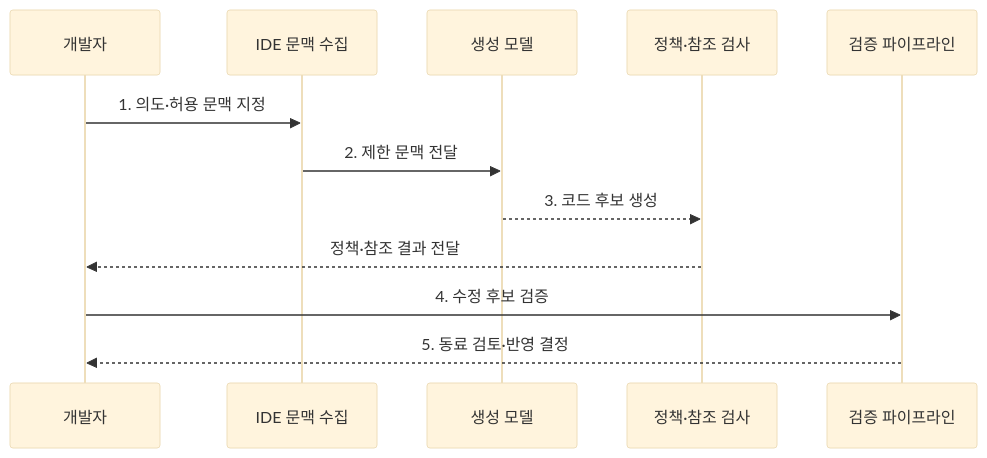
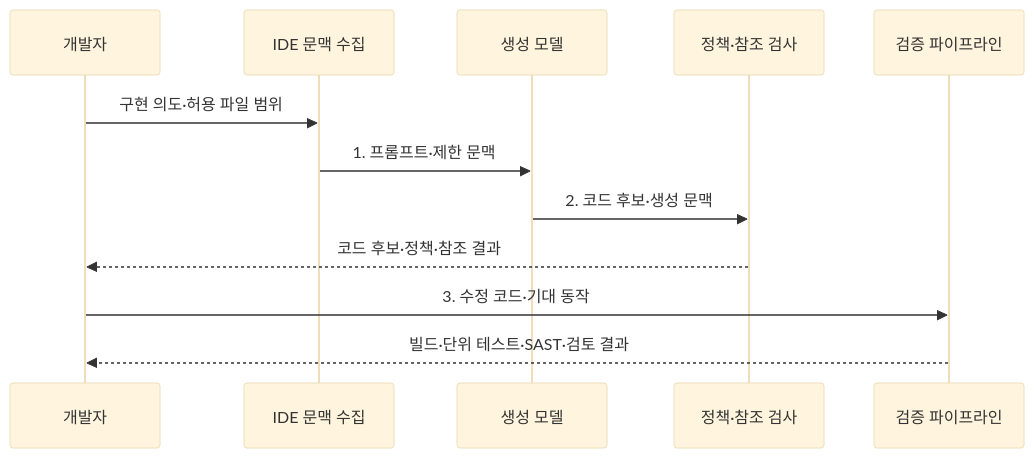
Before and after one commit to agnusdei1207/knowledge-base: the second of 2 diagrams in src/content/docs/notes/03-software/081_ai_code_generation.md, drawn with Mermaid (base theme). The commit also changed other lines of this file and 20 other files, not shown here.

````diff
--- a/src/content/docs/notes/03-software/081_ai_code_generation.md
+++ b/src/content/docs/notes/03-software/081_ai_code_generation.md
@@ -79,14 +85,14 @@
 ```mermaid
 sequenceDiagram
     participant D as 개발자
     participant C as IDE 문맥 수집
     participant M as 생성 모델
     participant P as 정책·참조 검사
     participant V as 검증 파이프라인
-    D->>C: 1. 의도·허용 문맥 지정
-    C->>M: 2. 제한 문맥 전달
-    M-->>P: 3. 코드 후보 생성
-    P-->>D: 정책·참조 결과 전달
-    D->>V: 4. 수정 후보 검증
-    V-->>D: 5. 동료 검토·반영 결정
+    D->>C: 구현 의도·허용 파일 범위
+    C->>M: 1. 프롬프트·제한 문맥
+    M->>P: 2. 코드 후보·생성 문맥
+    P-->>D: 코드 후보·정책·참조 결과
+    D->>V: 3. 수정 코드·기대 동작
+    V-->>D: 빌드·단위 테스트·SAST·검토 결과
 ```
````
